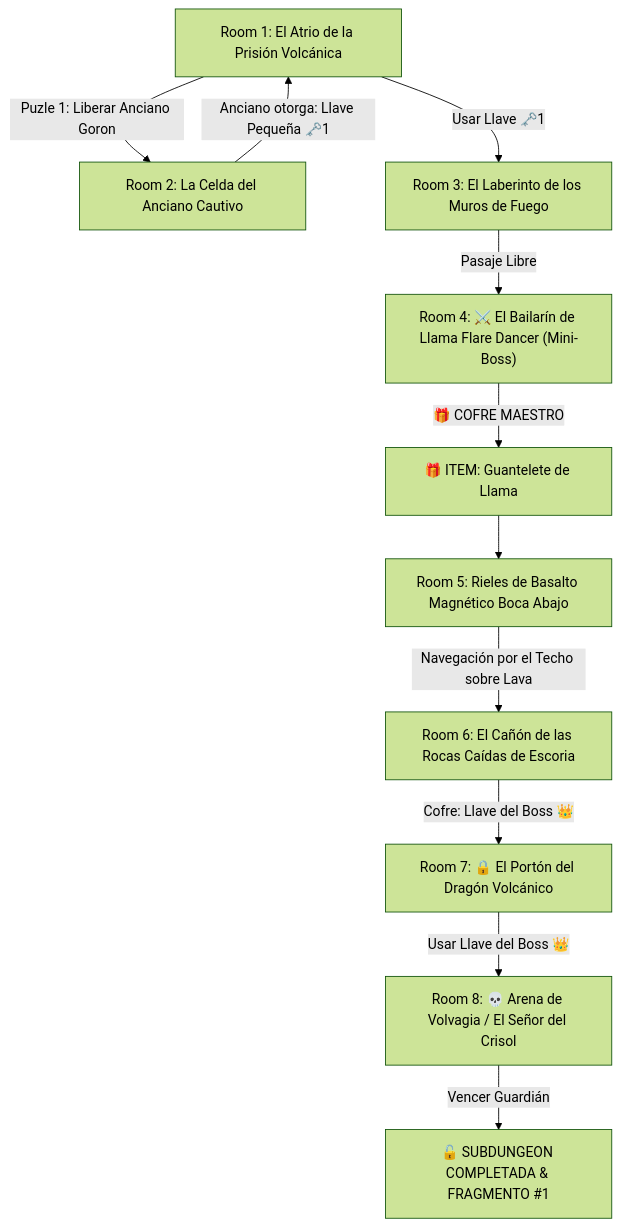
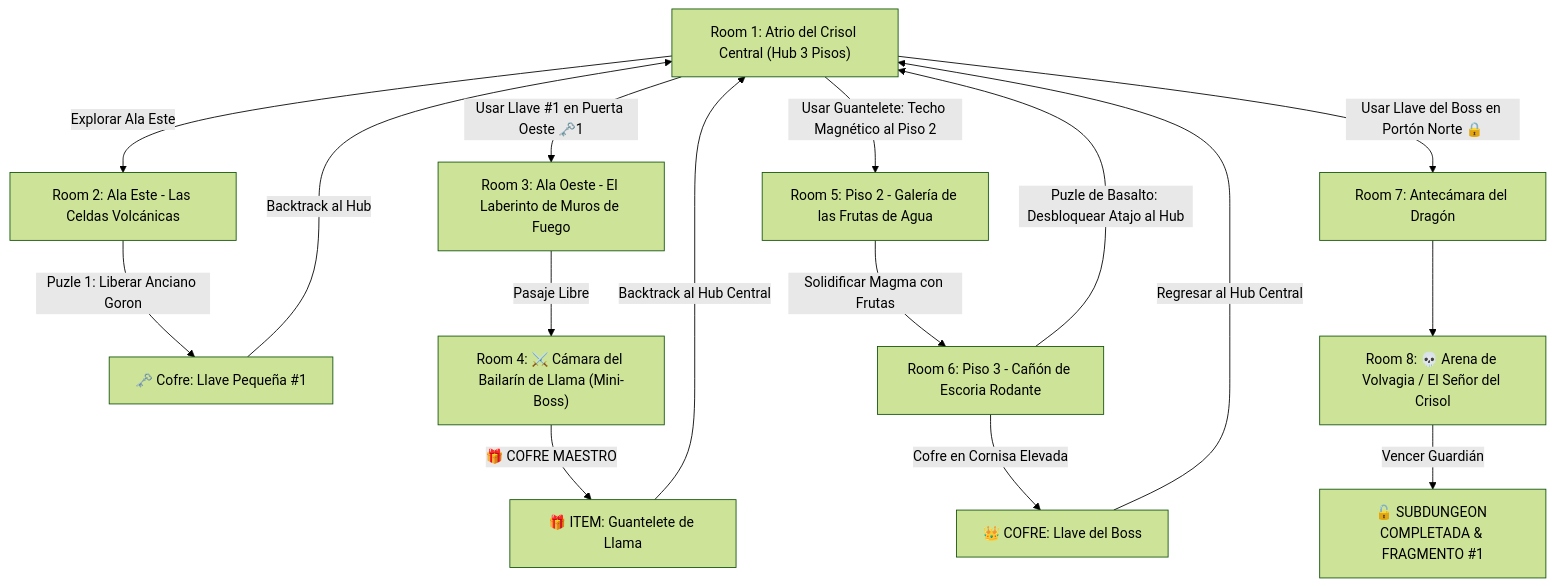
Before and after one commit to linkmati/ShivathLyss: the diagram in 7 - DM/OneShots/ARepeat/Subdungeons/01_Subdungeon_Fuego_Caldera.md, drawn with Mermaid (forest theme). The commit also changed other lines of this file and 22 other files, not shown here.

````diff
--- a/7 - DM/OneShots/ARepeat/Subdungeons/01_Subdungeon_Fuego_Caldera.md
+++ b/7 - DM/OneShots/ARepeat/Subdungeons/01_Subdungeon_Fuego_Caldera.md
@@ -14,13 +14,21 @@
 ```mermaid
 graph TD
-    S1["Room 1: El Atrio de la Prisión Volcánica"] -->|Puzle 1: Liberar Anciano Goron| S2["Room 2: La Celda del Anciano Cautivo"]
-    S2 -->|Anciano otorga: Llave Pequeña 🗝️1| S1
-    S1 -->|Usar Llave 🗝️1| S3["Room 3: El Laberinto de los Muros de Fuego"]
-    S3 -->|Pasaje Libre| S4["Room 4: ⚔️ El Bailarín de Llama Flare Dancer (Mini-Boss)"]
+    S1["Room 1: Atrio del Crisol Central (Hub 3 Pisos)"] -->|Explorar Ala Este| S2["Room 2: Ala Este - Las Celdas Volcánicas"]
+    S2 -->|Puzle 1: Liberar Anciano Goron| S2_Key["🗝️ Cofre: Llave Pequeña #1"]
+    S2_Key -->|Backtrack al Hub| S1
+    
+    S1 -->|Usar Llave #1 en Puerta Oeste 🗝️1| S3["Room 3: Ala Oeste - El Laberinto de Muros de Fuego"]
+    S3 -->|Pasaje Libre| S4["Room 4: ⚔️ Cámara del Bailarín de Llama (Mini-Boss)"]
     S4 -->|🎁 COFRE MAESTRO| Item["🎁 ITEM: Guantelete de Llama"]
-    Item --> S5["Room 5: Rieles de Basalto Magnético Boca Abajo"]
-    S5 -->|Navegación por el Techo sobre Lava| S6["Room 6: El Cañón de las Rocas Caídas de Escoria"]
-    S6 -->|Cofre: Llave del Boss 👑| S7["Room 7: 🔒 El Portón del Dragón Volcánico"]
-    S7 -->|Usar Llave del Boss 👑| S8["Room 8: 💀 Arena de Volvagia / El Señor del Crisol"]
+    
+    Item -->|Backtrack al Hub Central| S1
+    S1 -->|Usar Guantelete: Techo Magnético al Piso 2| S5["Room 5: Piso 2 - Galería de las Frutas de Agua"]
+    S5 -->|Solidificar Magma con Frutas| S6["Room 6: Piso 3 - Cañón de Escoria Rodante"]
+    S6 -->|Puzle de Basalto: Desbloquear Atajo al Hub| S1
+    S6 -->|Cofre en Cornisa Elevada| BossKey["👑 COFRE: Llave del Boss"]
+    
+    BossKey -->|Regresar al Hub Central| S1
+    S1 -->|Usar Llave del Boss en Portón Norte 🔒| S7["Room 7: Antecámara del Dragón"]
+    S7 --> S8["Room 8: 💀 Arena de Volvagia / El Señor del Crisol"]
     S8 -->|Vencer Guardián| Win["🔓 SUBDUNGEON COMPLETADA & FRAGMENTO #1"]
 ```
````
